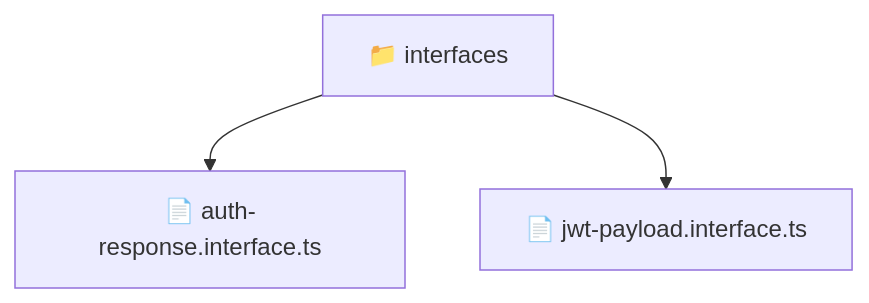
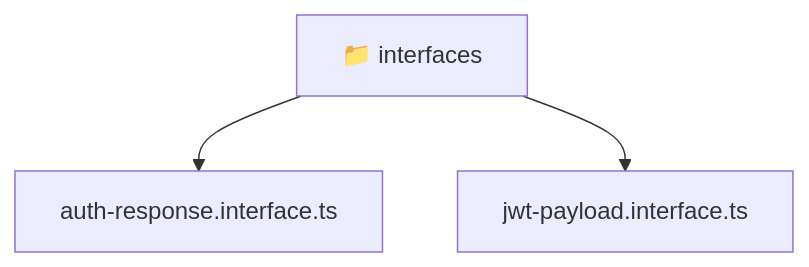
Before and after one commit to beginwebdev2002/fullstack-mavluda: the diagram in backend/src/modules/auth/interfaces/README.md, drawn with Mermaid. The commit also changed other lines of this file and 167 other files, not shown here.

````diff
--- a/backend/src/modules/auth/interfaces/README.md
+++ b/backend/src/modules/auth/interfaces/README.md
@@ -9,6 +9,8 @@
 ```mermaid
 graph TD
-  Root["📁 interfaces"]
-  Root --> auth_response_interface_ts["📄 auth-response.interface.ts"]
-  Root --> jwt_payload_interface_ts["📄 jwt-payload.interface.ts"]
+  Root_interfaces["📁 interfaces"]
+  f_auth_response_interface_ts["auth-response.interface.ts"]
+  Root_interfaces --> f_auth_response_interface_ts
+  f_jwt_payload_interface_ts["jwt-payload.interface.ts"]
+  Root_interfaces --> f_jwt_payload_interface_ts
 ```
````
